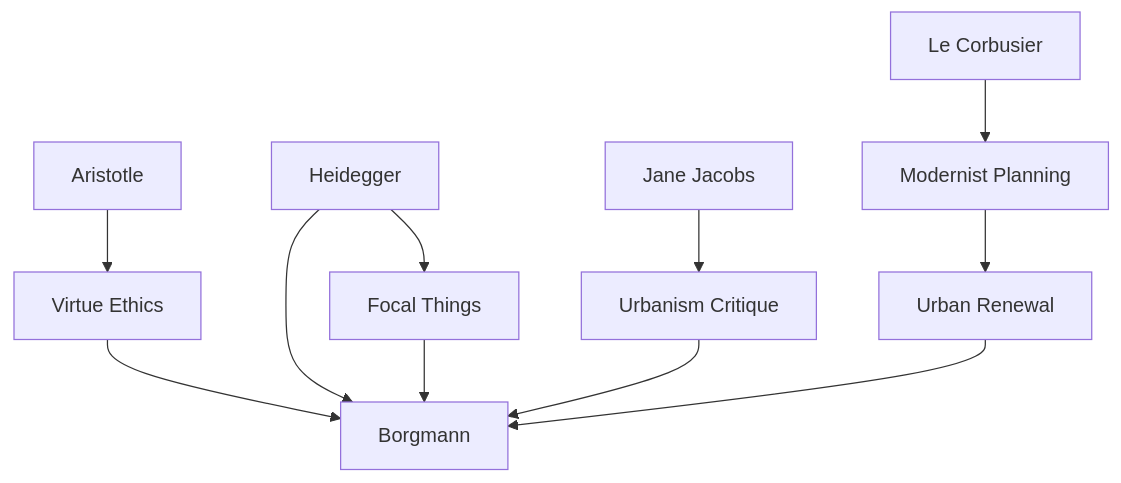
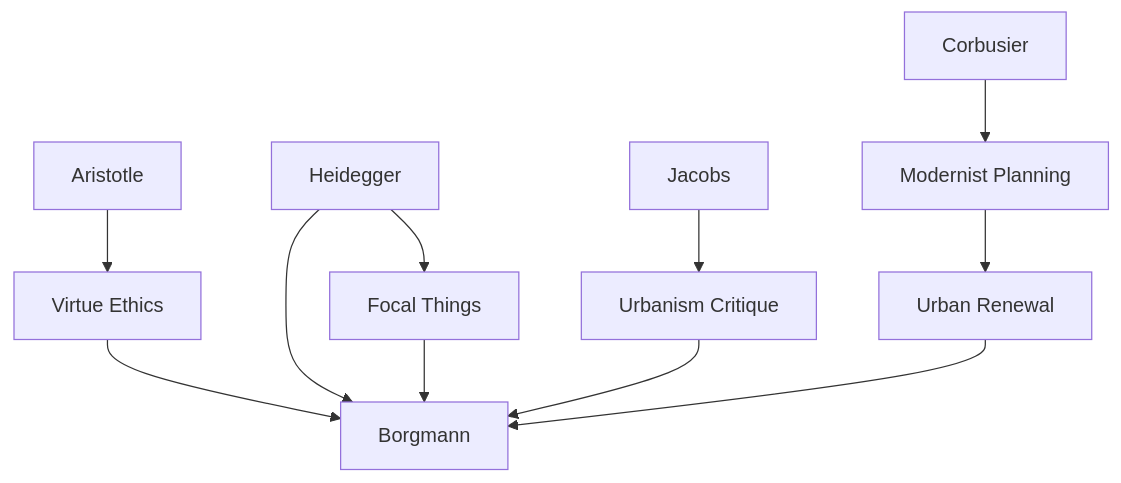
Before and after one commit to graph-ist/zettelkasten: the diagram in content/The depth of design.md, drawn with Mermaid. The commit also changed other lines of this file and 138 other files, not shown here.

````diff
--- a/content/The depth of design.md
+++ b/content/The depth of design.md
@@ -52,15 +52,15 @@
 ```mermaid
 flowchart TD
-    Aristotle[Aristotle] --> VirtueEthics[Virtue Ethics]
-    VirtueEthics --> Borgmann[Borgmann]
-    Heidegger[Heidegger] --> Borgmann
+    Aristotle --> VirtueEthics[Virtue Ethics]
+    VirtueEthics --> Borgmann
+    Heidegger --> Borgmann
     Heidegger --> FocalThings[Focal Things]
     FocalThings --> Borgmann
-    JaneJacobs[Jane Jacobs] --> UrbanismCritique[Urbanism Critique]
+    Jacobs --> UrbanismCritique[Urbanism Critique]
     UrbanismCritique --> Borgmann
-    LeCorb[Le Corbusier] --> Modernism[Modernist Planning]
+    Corbusier --> Modernism[Modernist Planning]
     Modernism --> UrbanRenewal[Urban Renewal]
     UrbanRenewal --> Borgmann
 
-    class Aristotle,VirtueEthics,Borgmann,Heidegger,FocalThings,JaneJacobs,UrbanismCritique,LeCorb,Modernism,UrbanRenewal internal-link;
+    class Aristotle,VirtueEthics,Borgmann,Heidegger,FocalThings,Jacobs,UrbanismCritique,Corbusier,Modernism,UrbanRenewal internal-link;
 ```
````
